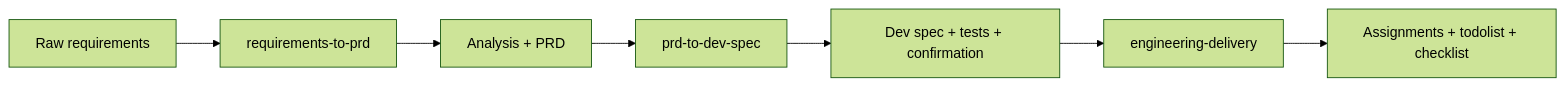
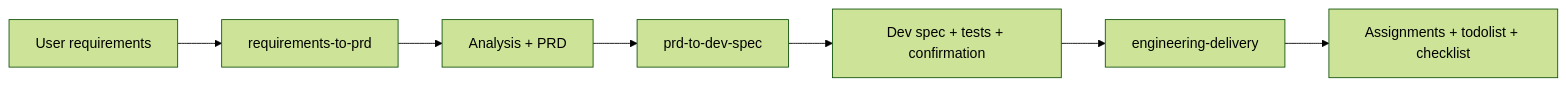
Before and after one commit to Lucky2024-pllove/req-to-prd-to-dev-eng-all-skills: the diagram in README.en.md, drawn with Mermaid (forest theme). The commit also changed other lines of this file and 4 other files, not shown here.

First line of the commit message:
docs: standardize on 用户需求 / user requirements in READMEs

````diff
--- a/README.en.md
+++ b/README.en.md
@@ -52,9 +52,9 @@
 ```mermaid
 flowchart LR
-  R[Raw requirements] --> S1[requirements-to-prd]
+  R[User requirements] --> S1[requirements-to-prd]
   S1 --> A[Analysis + PRD]
   A --> S2[prd-to-dev-spec]
   S2 --> B[Dev spec + tests + confirmation]
   B --> S3[engineering-delivery]
   S3 --> C[Assignments + todolist + checklist]
 ```
````
